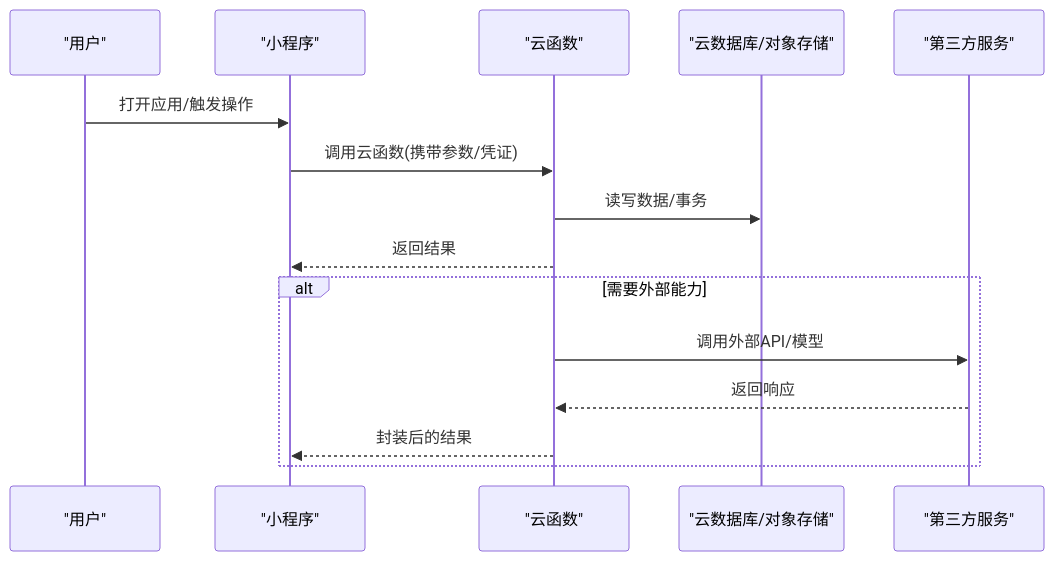
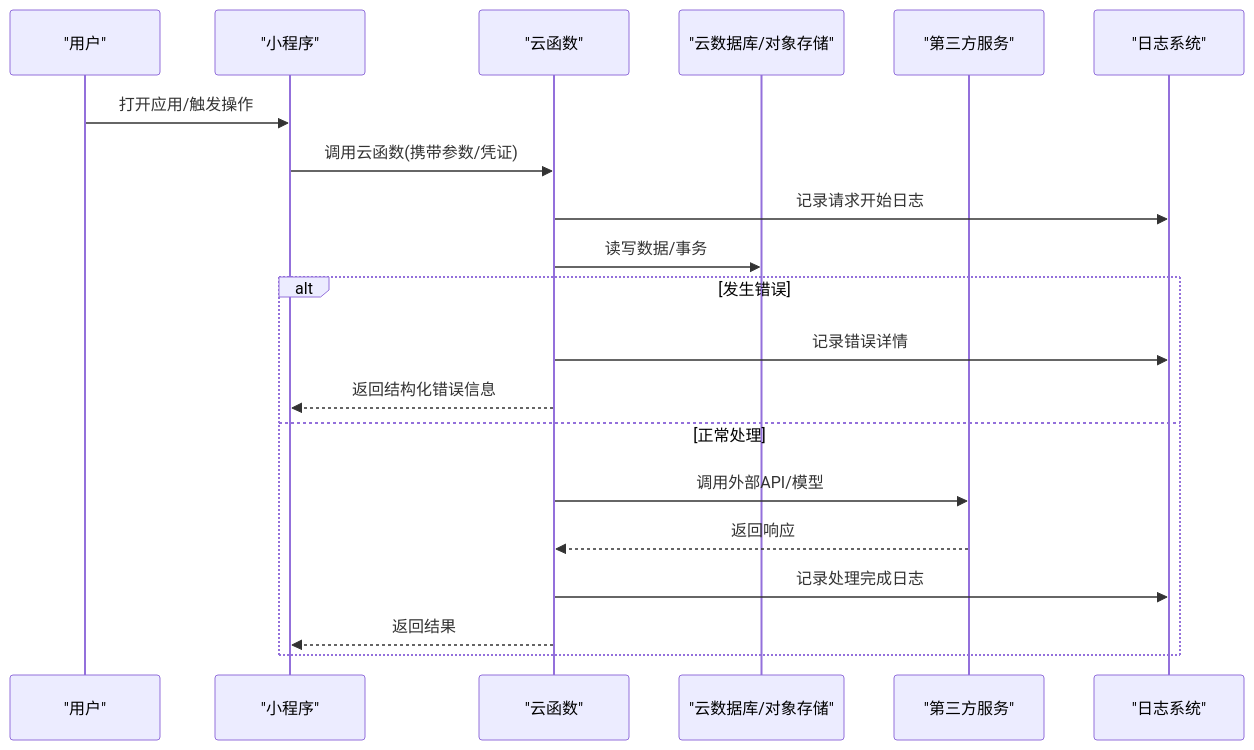
One commit to cwb7756/bio changed the second of 12 diagrams in .qoder/repowiki/zh/content/架构设计/后端架构设计/云函数架构设计.md. Above: the diagram before and after it, drawn with Mermaid. The commit also changed other lines of this file and 45 other files, not shown here.

````diff
--- a/.qoder/repowiki/zh/content/架构设计/后端架构设计/云函数架构设计.md
+++ b/.qoder/repowiki/zh/content/架构设计/后端架构设计/云函数架构设计.md
@@ -164,17 +193,22 @@
 ```mermaid
 sequenceDiagram
 participant U as "用户"
 participant MP as "小程序"
 participant CF as "云函数"
 participant DB as "云数据库/对象存储"
 participant EXT as "第三方服务"
+participant LOG as "日志系统"
 U->>MP : 打开应用/触发操作
 MP->>CF : 调用云函数(携带参数/凭证)
+CF->>LOG : 记录请求开始日志
 CF->>DB : 读写数据/事务
-CF-->>MP : 返回结果
-alt 需要外部能力
+alt 发生错误
+CF->>LOG : 记录错误详情
+CF-->>MP : 返回结构化错误信息
+else 正常处理
 CF->>EXT : 调用外部API/模型
 EXT-->>CF : 返回响应
-CF-->>MP : 封装后的结果
+CF->>LOG : 记录处理完成日志
+CF-->>MP : 返回结果
 end
 ```
````
